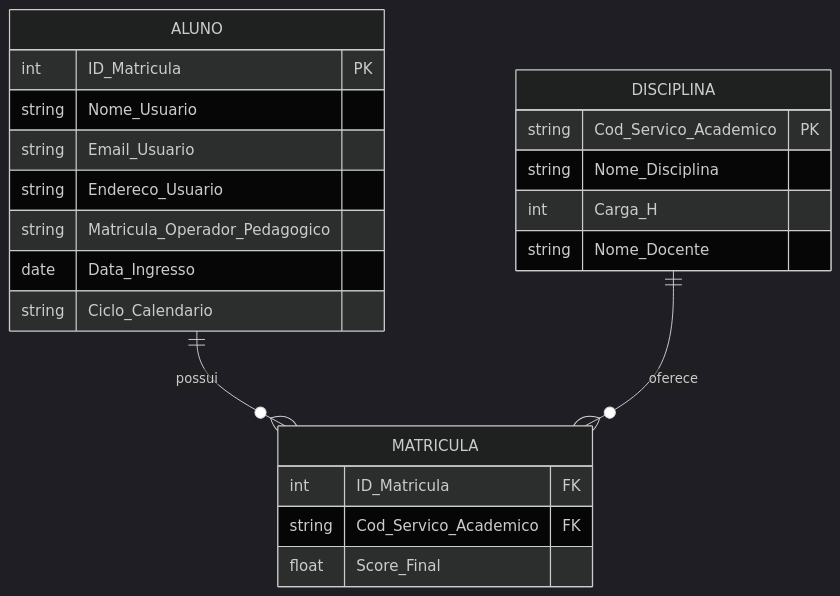
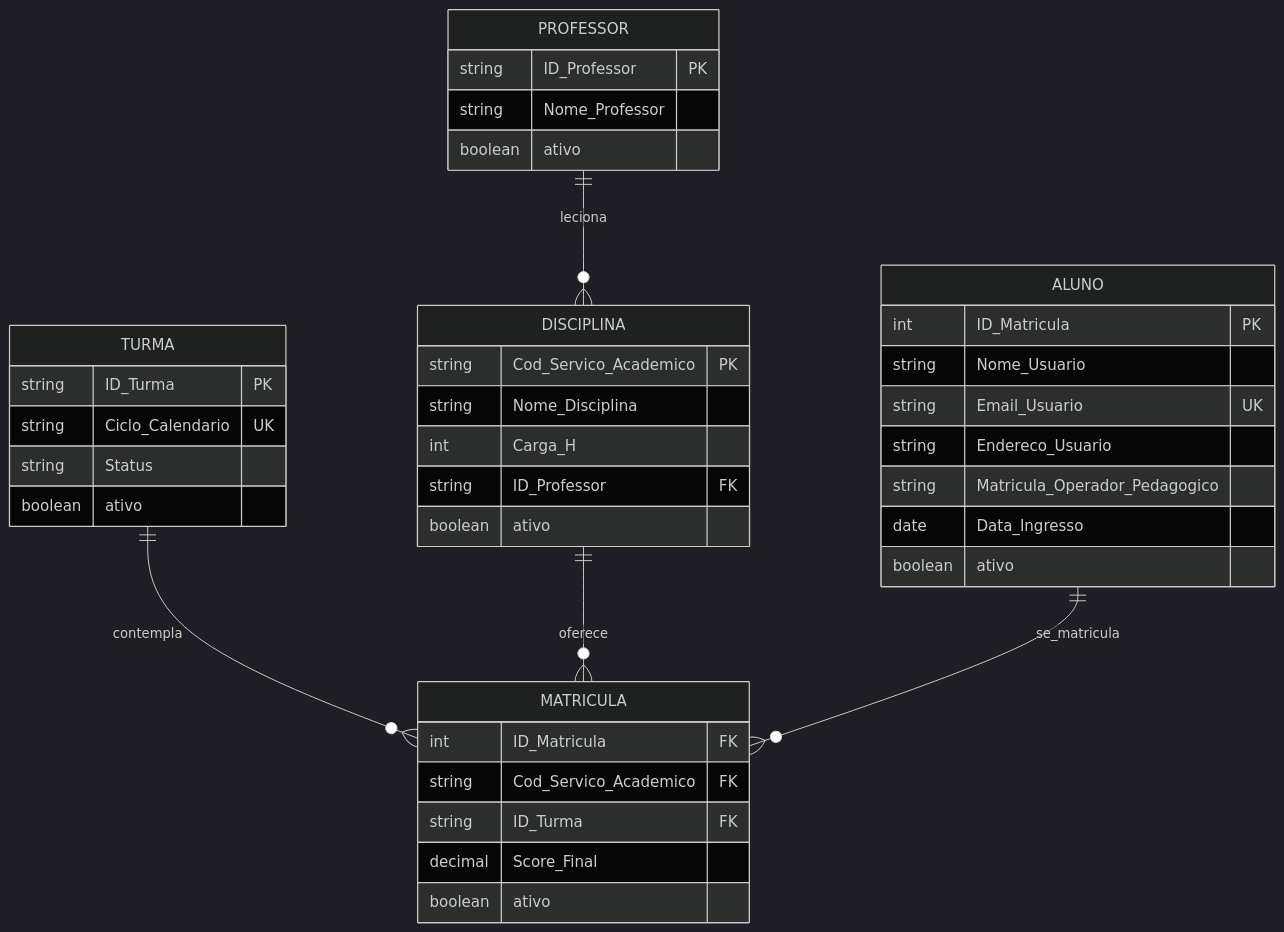
One commit to wpceid/Prova_DataBase changed the diagram in docs/der_normalizado.md. Above: the diagram before and after it, drawn with Mermaid (dark theme). The commit also changed other lines of this file and 11 other files, not shown here.

````diff
--- a/docs/der_normalizado.md
+++ b/docs/der_normalizado.md
@@ -1,25 +5,41 @@
 ```mermaid
 erDiagram
+    PROFESSOR {
+        string ID_Professor PK
+        string Nome_Professor
+        boolean ativo
+    }
+    TURMA {
+        string ID_Turma PK
+        string Ciclo_Calendario UK
+        string Status
+        boolean ativo
+    }
     ALUNO {
         int ID_Matricula PK
         string Nome_Usuario
-        string Email_Usuario
+        string Email_Usuario UK
         string Endereco_Usuario
         string Matricula_Operador_Pedagogico
         date Data_Ingresso
-        string Ciclo_Calendario
+        boolean ativo
     }
     DISCIPLINA {
         string Cod_Servico_Academico PK
         string Nome_Disciplina
         int Carga_H
-        string Nome_Docente
+        string ID_Professor FK
+        boolean ativo
     }
     MATRICULA {
         int ID_Matricula FK
         string Cod_Servico_Academico FK
-        float Score_Final
+        string ID_Turma FK
+        decimal Score_Final
+        boolean ativo
     }
-    ALUNO ||--o{ MATRICULA : "possui"
+    PROFESSOR ||--o{ DISCIPLINA : "leciona"
+    TURMA ||--o{ MATRICULA : "contempla"
     DISCIPLINA ||--o{ MATRICULA : "oferece"
+    ALUNO ||--o{ MATRICULA : "se_matricula"
 ```
````
